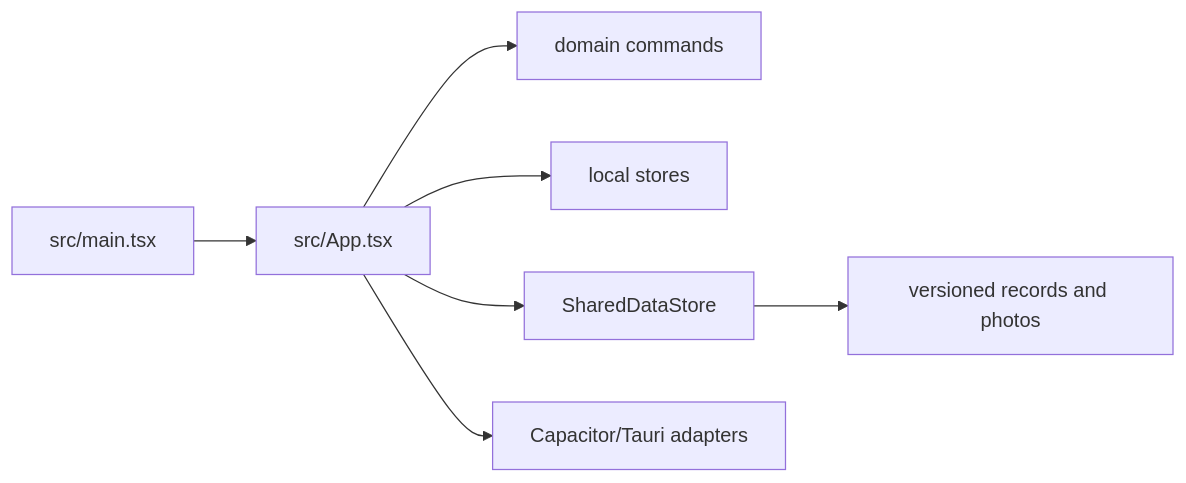
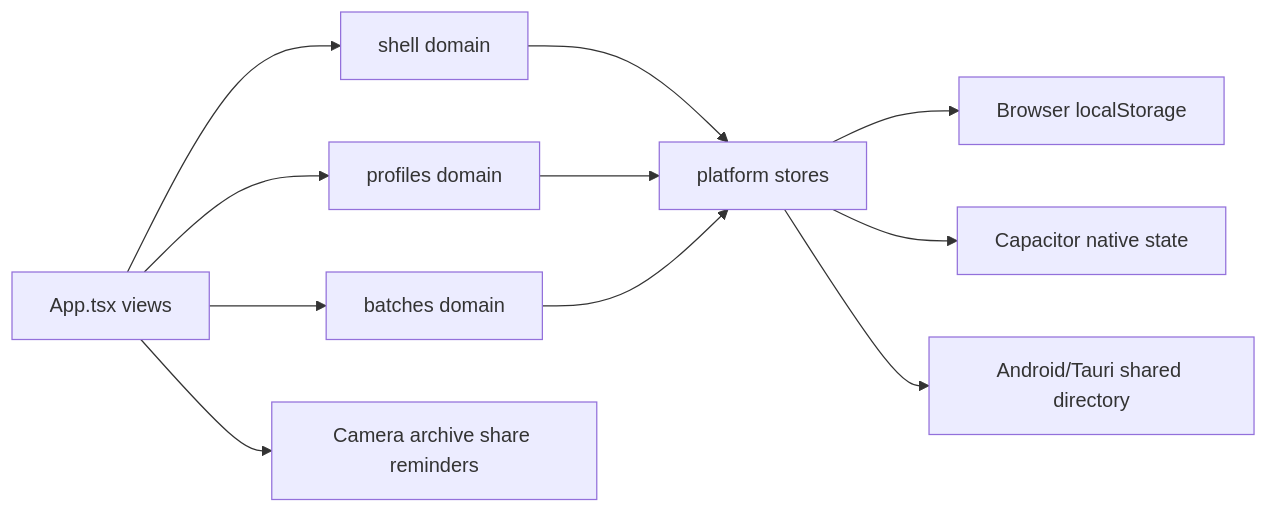
One commit to peterle95/fermentStation changed the diagram in openwiki/architecture/overview.md. Above: the diagram before and after it, drawn with Mermaid. The commit also changed other lines of this file and 14 other files, not shown here.

````diff
--- a/openwiki/architecture/overview.md
+++ b/openwiki/architecture/overview.md
@@ -12,9 +16,13 @@
 ```mermaid
 flowchart LR
-  Main[src/main.tsx] --> App[src/App.tsx]
-  App --> Domain[domain commands]
-  App --> Local[local stores]
-  App --> Shared[SharedDataStore]
-  App --> Native[Capacitor/Tauri adapters]
-  Shared --> Records[versioned records and photos]
+  UI[App.tsx views] --> Shell[shell domain]
+  UI --> Profiles[profiles domain]
+  UI --> Batches[batches domain]
+  Shell --> Stores[platform stores]
+  Profiles --> Stores
+  Batches --> Stores
+  Stores --> Browser[Browser localStorage]
+  Stores --> Native[Capacitor native state]
+  Stores --> Shared[Android/Tauri shared directory]
+  UI --> Integrations[Camera archive share reminders]
 ```
````
